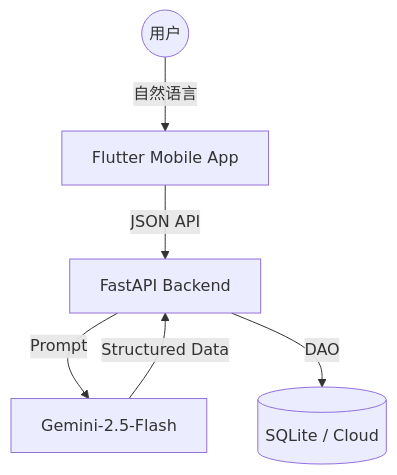
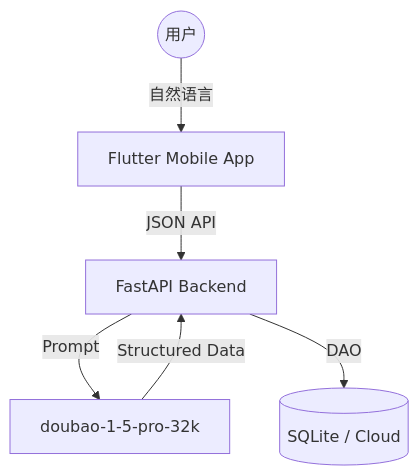
The diagram in README.md (ilovemajiaqi/SyncFlow-AI), drawn with Mermaid before and after one commit.

Commit message:
Update LLM reference in architecture diagram

````diff
--- a/README.md
+++ b/README.md
@@ -28,8 +28,8 @@
 ```mermaid
 graph TD
     User((用户)) -->|自然语言| App[Flutter Mobile App]
     App -->|JSON API| Server[FastAPI Backend]
-    Server -->|Prompt| LLM[Gemini-2.5-Flash]
+    Server -->|Prompt| LLM[doubao-1-5-pro-32k]
     LLM -->|Structured Data| Server
     Server -->|DAO| DB[(SQLite / Cloud)]
 ```
````
